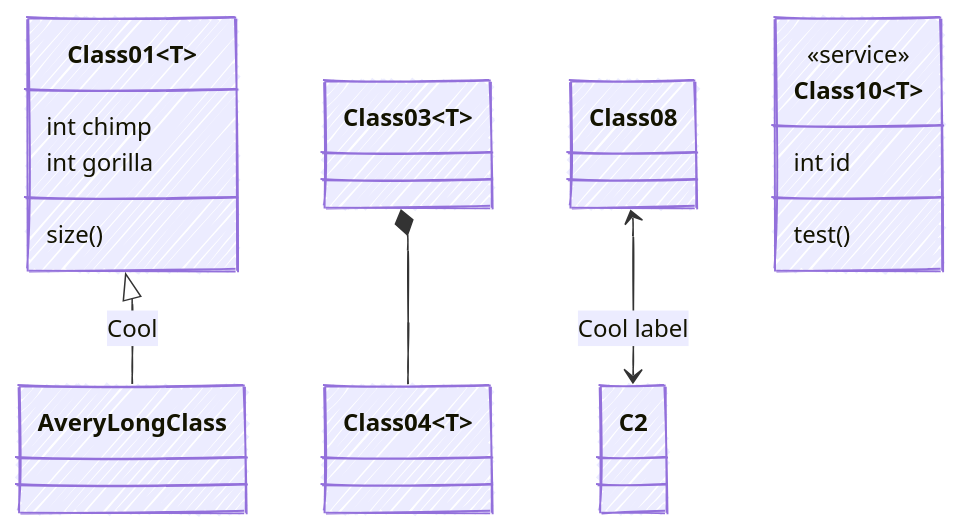
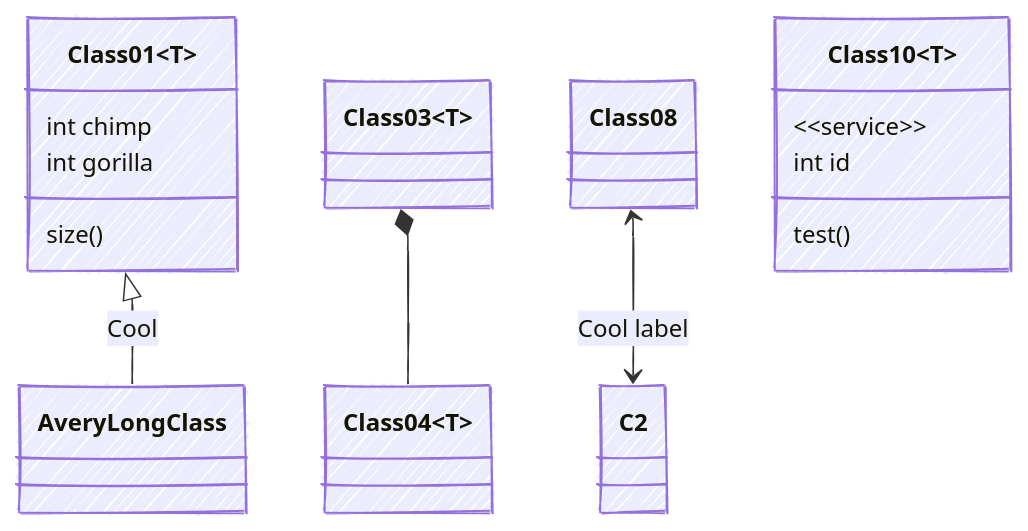
One commit to pbrolin47/mermaid-pbrolin47 changed the diagram in e2e/diagrams/class-diagram/pr/hd-8-should-render-a-simple-class-diagram-with-generic-class-and-relations.mmd. Above: the diagram before and after it, drawn with Mermaid. The commit also changed 8 other files, not shown here.

```diff
--- a/e2e/diagrams/class-diagram/pr/hd-8-should-render-a-simple-class-diagram-with-generic-class-and-relations.mmd
+++ b/e2e/diagrams/class-diagram/pr/hd-8-should-render-a-simple-class-diagram-with-generic-class-and-relations.mmd
@@ -1,22 +1,22 @@
 ---
 description: >-
   Classes with generic type parameters (`Class01~T~`) linked by inheritance
-  and composition relations, plus a class body block with a `<<service>>`
-  stereotype, rendered with the `handDrawn` look.
+  and composition relations, plus a class body block with a
+  service stereotype, rendered with the `handDrawn` look.
 config:
   logLevel: 1
   htmlLabels: true
   look: handDrawn
 ---
 classDiagram
   Class01~T~ <|-- AveryLongClass : Cool
   Class03~T~ *-- Class04~T~
   Class01 : size()
   Class01 : int chimp
   Class01 : int gorilla
   Class08 <--> C2: Cool label
   class Class10~T~ {
-    <<service>>
+    &lt;&lt;service&gt;&gt;
     int id
     test()
   }
```
